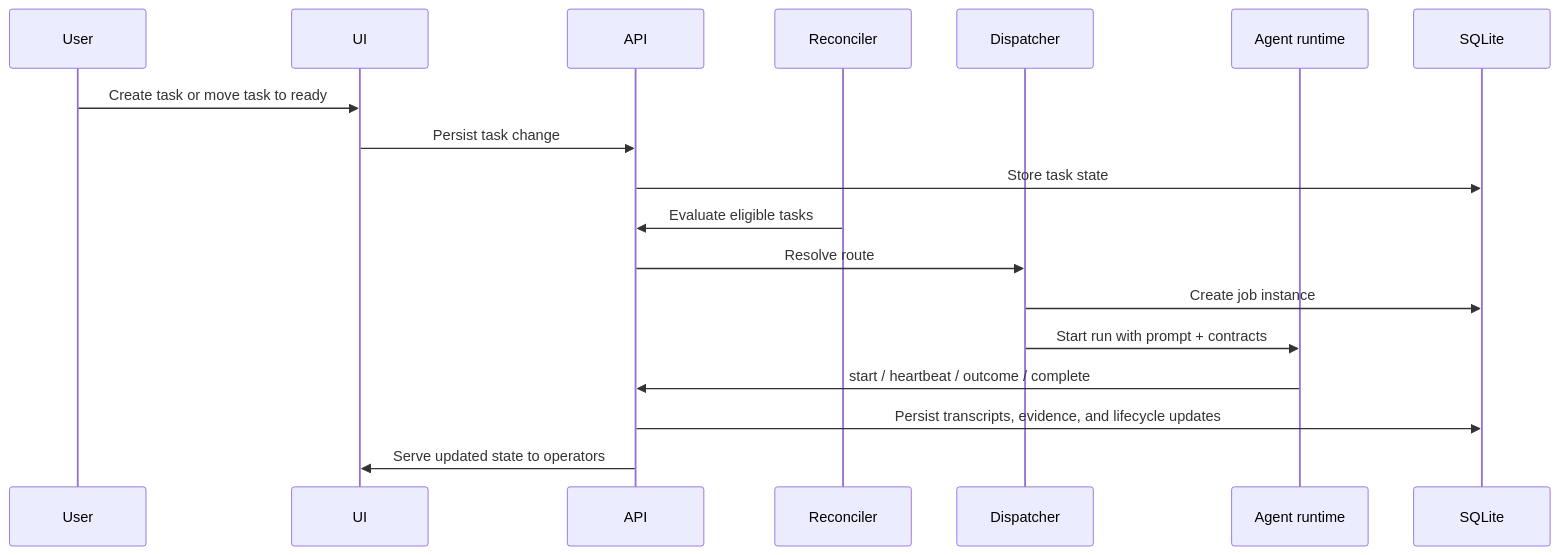
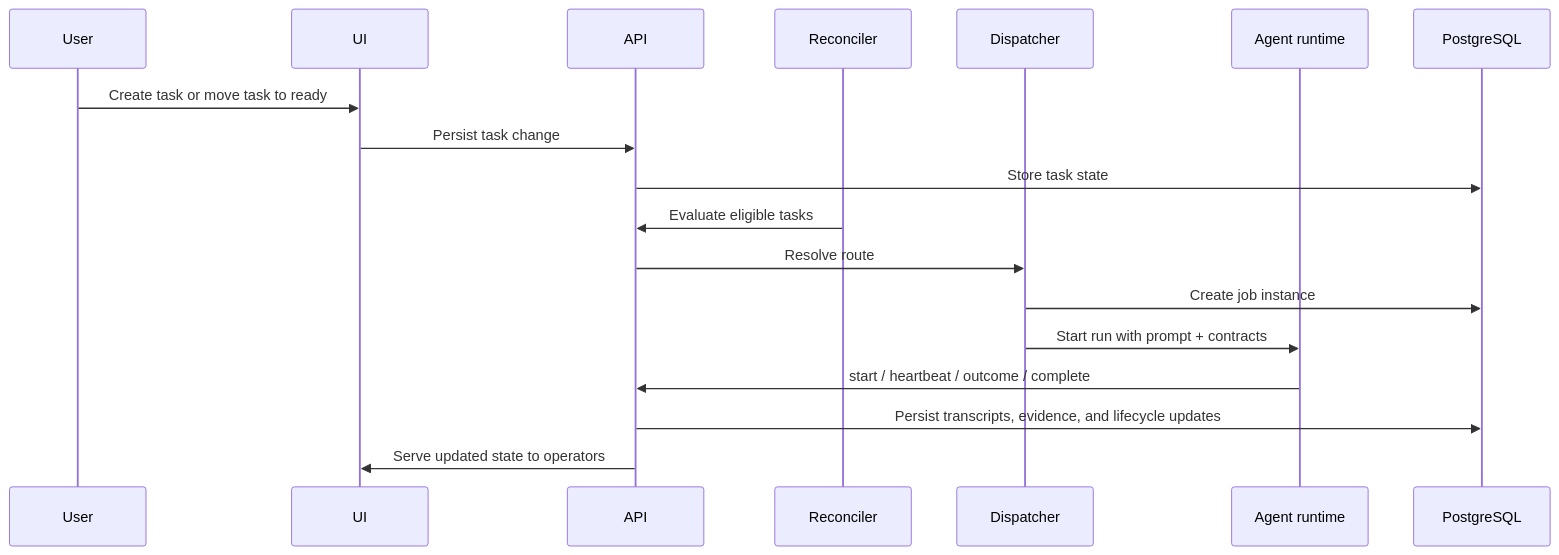
Before and after one commit to nordinit/agent-hq: the second of 2 diagrams in docs/ARCHITECTURE_OVERVIEW.md, drawn with Mermaid. The commit also changed other lines of this file and 301 other files, not shown here.

Commit message:
Complete PostgreSQL-only migration

````diff
--- a/docs/ARCHITECTURE_OVERVIEW.md
+++ b/docs/ARCHITECTURE_OVERVIEW.md
@@ -69,21 +69,21 @@
 ```mermaid
 sequenceDiagram
     participant User
     participant UI
     participant API
     participant Reconciler
     participant Dispatcher
     participant Runtime as Agent runtime
-    participant DB as SQLite
+    participant DB as PostgreSQL
 
     User->>UI: Create task or move task to ready
     UI->>API: Persist task change
     API->>DB: Store task state
     Reconciler->>API: Evaluate eligible tasks
     API->>Dispatcher: Resolve route
     Dispatcher->>DB: Create job instance
     Dispatcher->>Runtime: Start run with prompt + contracts
     Runtime->>API: start / heartbeat / outcome / complete
     API->>DB: Persist transcripts, evidence, and lifecycle updates
     API->>UI: Serve updated state to operators
 ```
````
